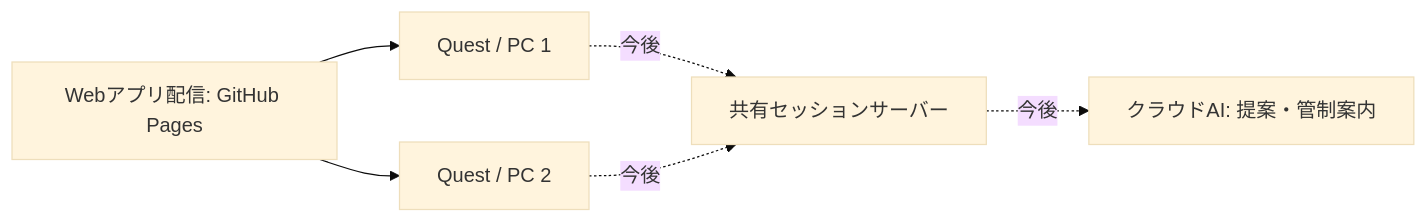
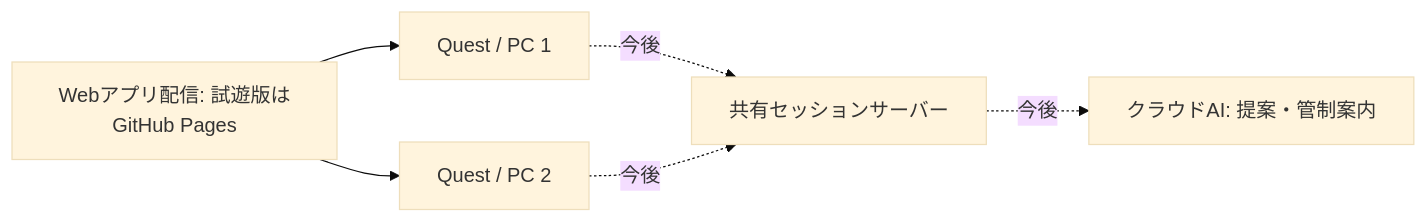
The diagram in docs/deployment.md (toM7x7/airplanevoice), drawn with Mermaid (base theme) before and after one commit. The commit also changed other lines of this file and 4 other files, not shown here.

````diff
--- a/docs/deployment.md
+++ b/docs/deployment.md
@@ -17,8 +17,8 @@
 ```mermaid
 flowchart LR
-  CDN[Webアプリ配信: GitHub Pages] --> Q1[Quest / PC 1]
+  CDN[Webアプリ配信: 試遊版はGitHub Pages] --> Q1[Quest / PC 1]
   CDN --> Q2[Quest / PC 2]
   Q1 -. 今後 .-> R[共有セッションサーバー]
   Q2 -. 今後 .-> R
   R -. 今後 .-> AI[クラウドAI: 提案・管制案内]
 ```
````
